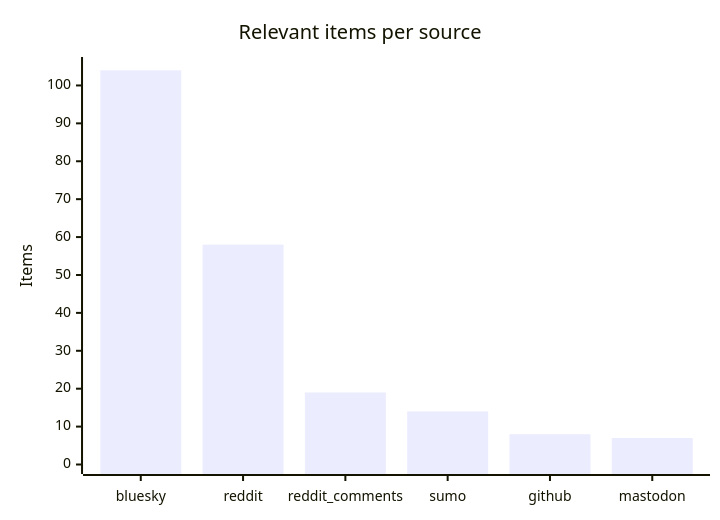
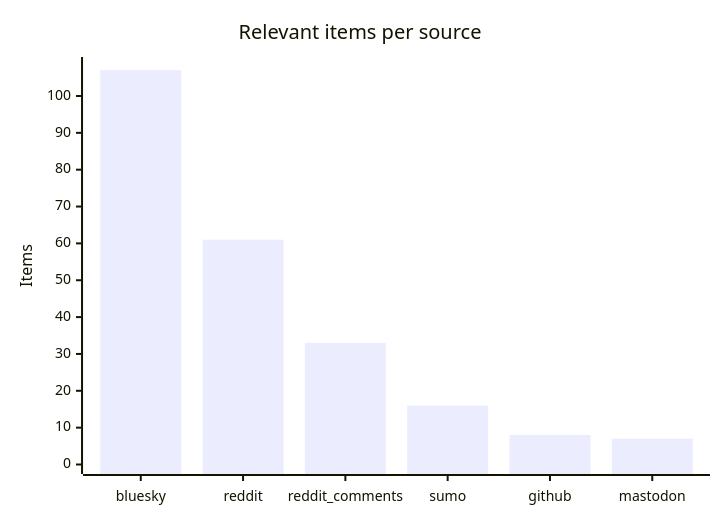
The third of 4 diagrams in README.md (martinbalfanz/social-scanner-reports), drawn with Mermaid before and after one commit. The commit also changed other lines of this file and 2 other files, not shown here.

````diff
--- a/README.md
+++ b/README.md
@@ -48,7 +48,7 @@
 ```mermaid
 xychart-beta
     title "Relevant items per source"
     x-axis ["bluesky", "reddit", "reddit_comments", "sumo", "github", "mastodon"]
-    y-axis "Items" 0 --> 105
-    bar [104, 58, 19, 14, 8, 7]
+    y-axis "Items" 0 --> 108
+    bar [107, 61, 33, 16, 8, 7]
 ```
````
